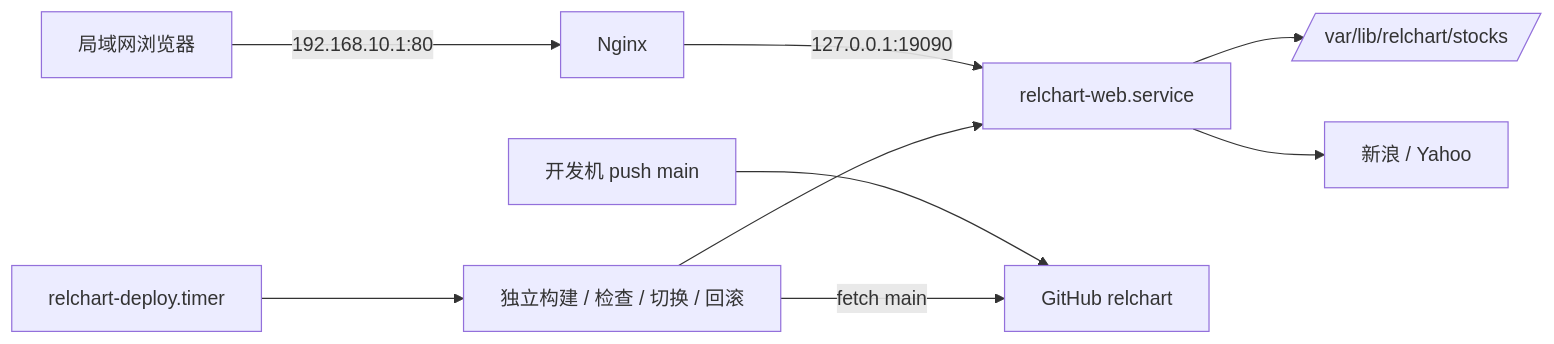
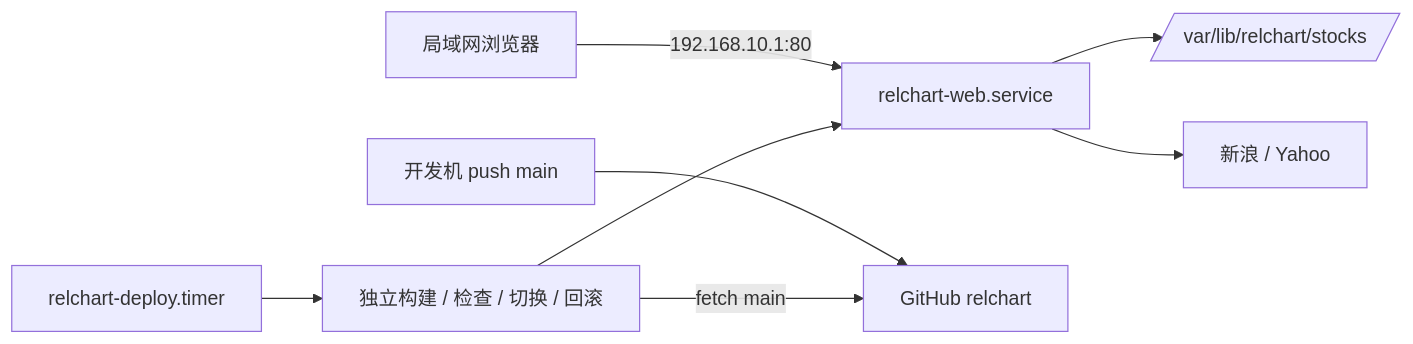
Before and after one commit to hangchow/relchart: the diagram in docs/deployment.md, drawn with Mermaid. The commit also changed other lines of this file and 22 other files, not shown here.

````diff
--- a/docs/deployment.md
+++ b/docs/deployment.md
@@ -26,11 +26,10 @@
 ```mermaid
 flowchart LR
-    Browser[局域网浏览器] -->|192.168.10.1:80| Nginx[Nginx]
-    Nginx -->|127.0.0.1:19090| App[relchart-web.service]
+    Browser[局域网浏览器] -->|192.168.10.1:80| App[relchart-web.service]
     App --> Cache[/var/lib/relchart/stocks/]
     App --> Market[新浪 / Yahoo]
     Push[开发机 push main] --> Git[GitHub relchart]
     Timer[relchart-deploy.timer] --> Deploy[独立构建 / 检查 / 切换 / 回滚]
     Deploy -->|fetch main| Git
     Deploy --> App
 ```
````
